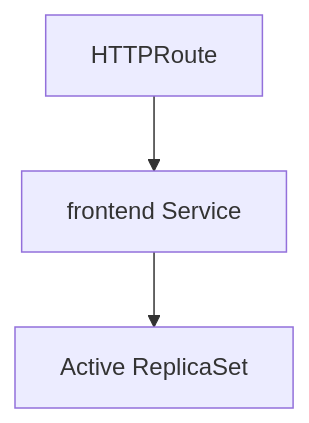
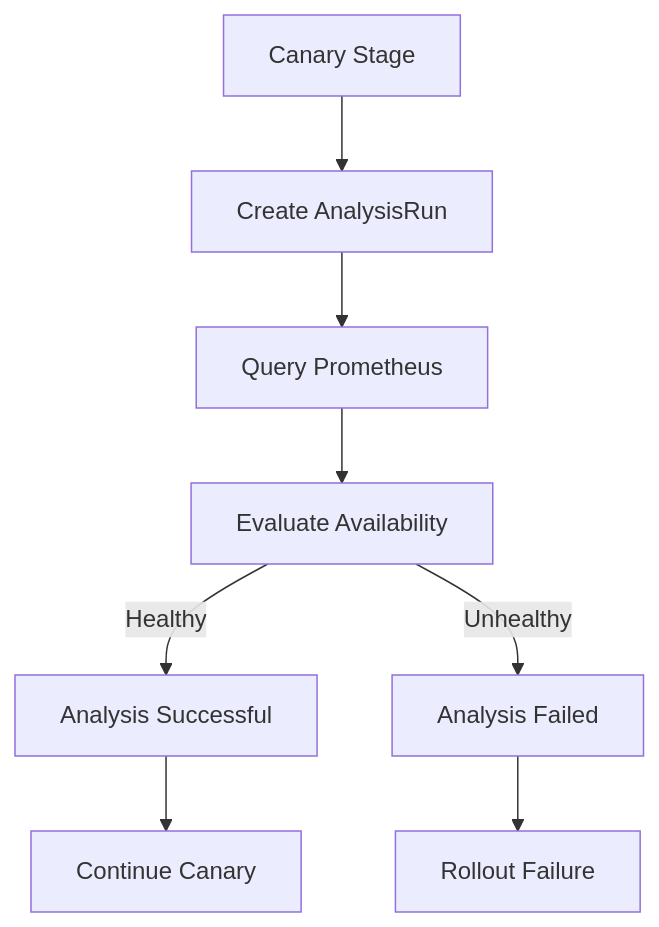
Before and after one commit to ahmed-sayed-devops/microservices-platform-gitops: diagram 16 of 35 in docs/04-progressive-delivery/README.md, drawn with Mermaid. The commit also changed other lines of this file and 13 other files, not shown here.

Commit message:
docs: update progressive delivery and platform architecture

````diff
--- a/docs/04-progressive-delivery/README.md
+++ b/docs/04-progressive-delivery/README.md
@@ -765,5 +878,13 @@
 ```mermaid
 graph TD
-    A["HTTPRoute"] --> B["frontend Service"]
-    B --> C["Active ReplicaSet"]
+
+    A["Canary Stage"] --> B["Create AnalysisRun"]
+    B --> C["Query Prometheus"]
+    C --> D["Evaluate Availability"]
+
+    D -->|Healthy| E["Analysis Successful"]
+    D -->|Unhealthy| F["Analysis Failed"]
+
+    E --> G["Continue Canary"]
+    F --> H["Rollout Failure"]
 ```
````
